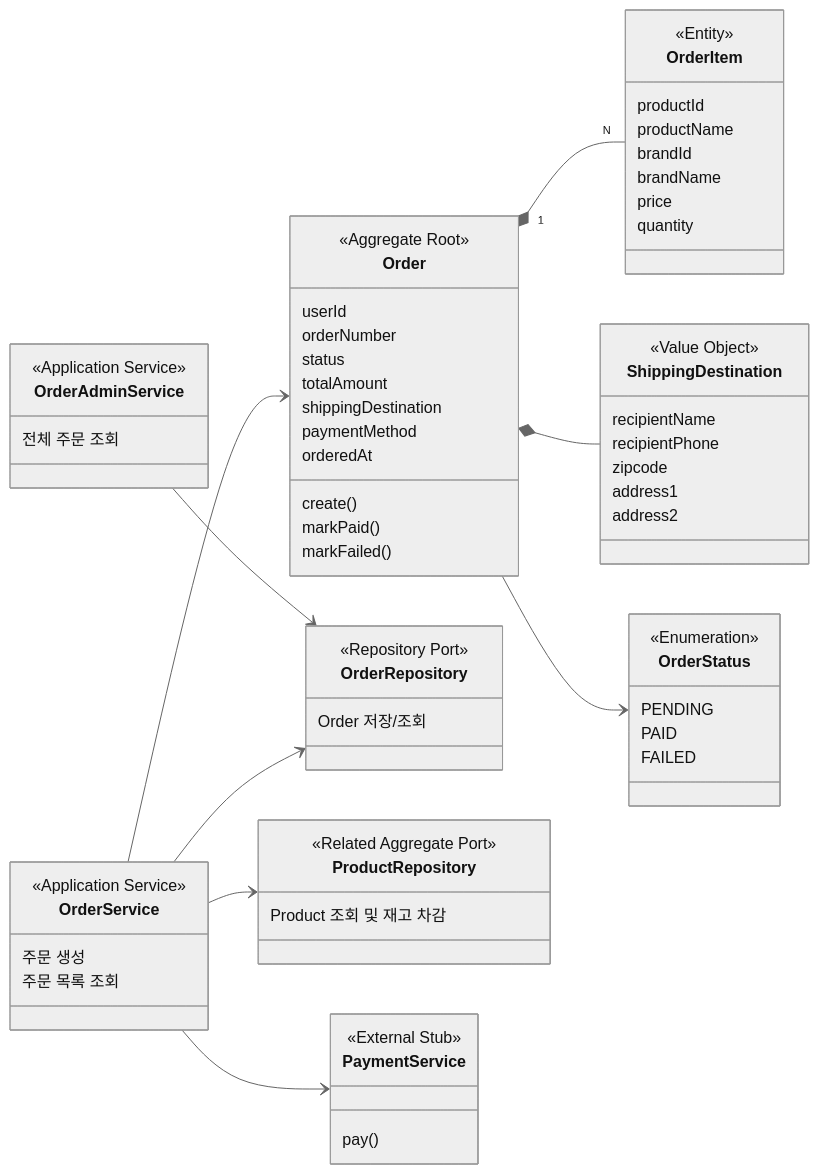
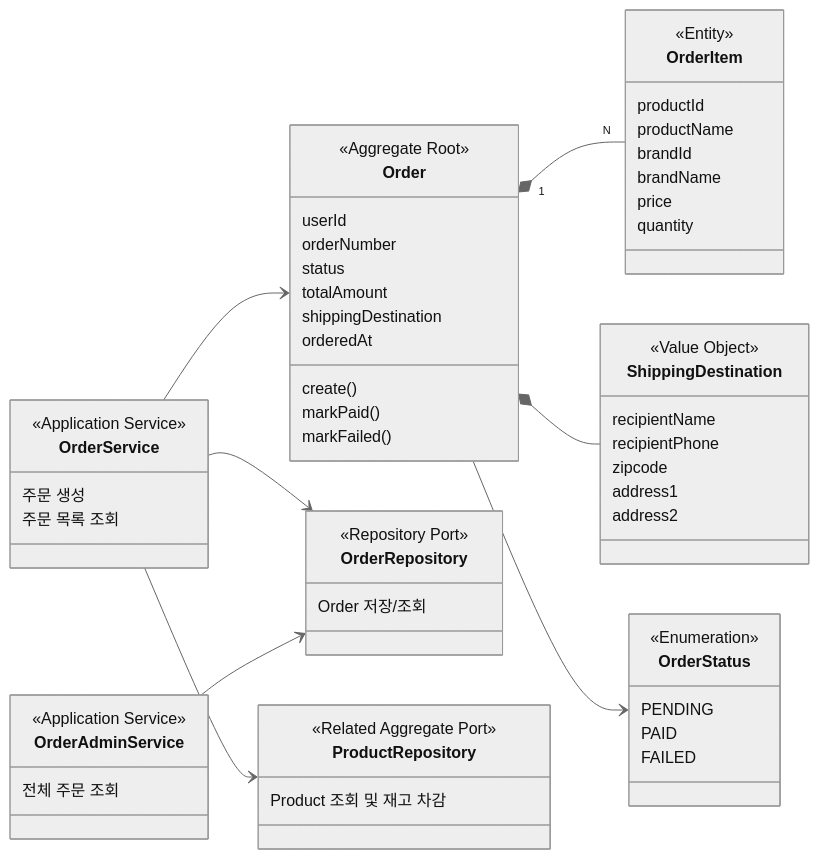
The fifth of 6 diagrams in docs/week2/03-class-diagram.md (loopers-labs/loop-pack-be-l2-vol4-java), drawn with Mermaid (neutral theme) before and after one commit. The commit also changed other lines of this file and 3 other files, not shown here.

````diff
--- a/docs/week2/03-class-diagram.md
+++ b/docs/week2/03-class-diagram.md
@@ -315,79 +315,72 @@
 ```mermaid
 classDiagram
     direction LR
 
     class Order {
         <<Aggregate Root>>
         userId
         orderNumber
         status
         totalAmount
         shippingDestination
-        paymentMethod
         orderedAt
         create()
         markPaid()
         markFailed()
     }
 
     class OrderItem {
         <<Entity>>
         productId
         productName
         brandId
         brandName
         price
         quantity
     }
 
     class ShippingDestination {
         <<Value Object>>
         recipientName
         recipientPhone
         zipcode
         address1
         address2
     }
 
     class OrderStatus {
         <<Enumeration>>
         PENDING
         PAID
         FAILED
     }
 
     class OrderRepository {
         <<Repository Port>>
         Order 저장/조회
     }
 
     class ProductRepository {
         <<Related Aggregate Port>>
         Product 조회 및 재고 차감
     }
 
-    class PaymentService {
-        <<External Stub>>
-        pay()
-    }
-
     class OrderService {
         <<Application Service>>
         주문 생성
         주문 목록 조회
     }
 
     class OrderAdminService {
         <<Application Service>>
         전체 주문 조회
     }
 
     Order "1" *-- "N" OrderItem
     Order *-- ShippingDestination
     Order --> OrderStatus
     OrderService --> OrderRepository
     OrderService --> ProductRepository
-    OrderService --> PaymentService
     OrderService --> Order
     OrderAdminService --> OrderRepository
 ```
````
